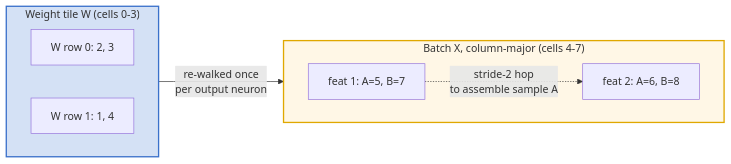
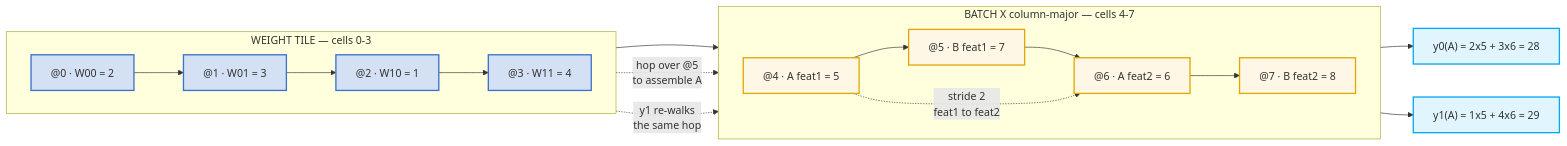
The second of 5 diagrams in docs/concepts/linear-algebra/linear-layer.md (jsavinash/artificial-intelligence-study-guide), drawn with Mermaid before and after one commit. The commit also changed other lines of this file, not shown here.

First line of the commit message:
Render Memory Ribbon Example fully in mermaid

````diff
--- a/docs/concepts/linear-algebra/linear-layer.md
+++ b/docs/concepts/linear-algebra/linear-layer.md
@@ -64,20 +56,35 @@
 ```mermaid
 graph LR
-    subgraph Wtile["Weight tile W (cells 0-3)"]
+    subgraph C1W["WEIGHT TILE — cells 0-3"]
         direction LR
-        WR0["W row 0: 2, 3"]
-        WR1["W row 1: 1, 4"]
+        c1a0["@0 · W00 = 2"]
+        c1a1["@1 · W01 = 3"]
+        c1a2["@2 · W10 = 1"]
+        c1a3["@3 · W11 = 4"]
     end
 
-    subgraph Xbatch["Batch X, column-major (cells 4-7)"]
+    subgraph C1X["BATCH X column-major — cells 4-7"]
         direction LR
-        F1["feat 1: A=5, B=7"]
-        F2["feat 2: A=6, B=8"]
-        F1 -.->|"stride-2 hop<br>to assemble sample A"| F2
+        c1a4["@4 · A feat1 = 5"]
+        c1a5["@5 · B feat1 = 7"]
+        c1a6["@6 · A feat2 = 6"]
+        c1a7["@7 · B feat2 = 8"]
     end
 
-    Wtile -->|"re-walked once<br>per output neuron"| Xbatch
+    yA0["y0(A) = 2x5 + 3x6 = 28"]
+    yA1["y1(A) = 1x5 + 4x6 = 29"]
 
-    style Wtile fill:#d4e1f5,stroke:#3b71ca,stroke-width:2px
-    style Xbatch fill:#fff7e6,stroke:#e0a800,stroke-width:2px
+    c1a0 --> c1a1 --> c1a2 --> c1a3 --> c1a4 --> c1a5 --> c1a6 --> c1a7
+    c1a1 -.->|"hop over @5<br>to assemble A"| c1a4
+    c1a4 -.->|"stride 2<br>feat1 to feat2"| c1a6
+    c1a3 -.->|"y1 re-walks<br>the same hop"| c1a4
+    c1a6 --> yA0
+    c1a6 --> yA1
+
+    classDef wcell fill:#d4e1f5,stroke:#3b71ca,stroke-width:2px
+    classDef xcell fill:#fff7e6,stroke:#e0a800,stroke-width:2px
+    classDef out fill:#e1f5fe,stroke:#03a9f4,stroke-width:2px
+    class c1a0,c1a1,c1a2,c1a3 wcell
+    class c1a4,c1a5,c1a6,c1a7 xcell
+    class yA0,yA1 out
 ```
````
